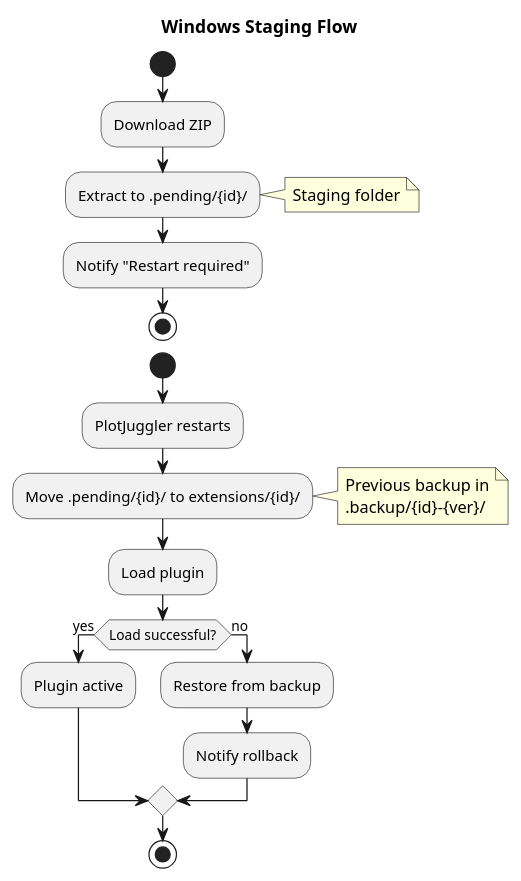
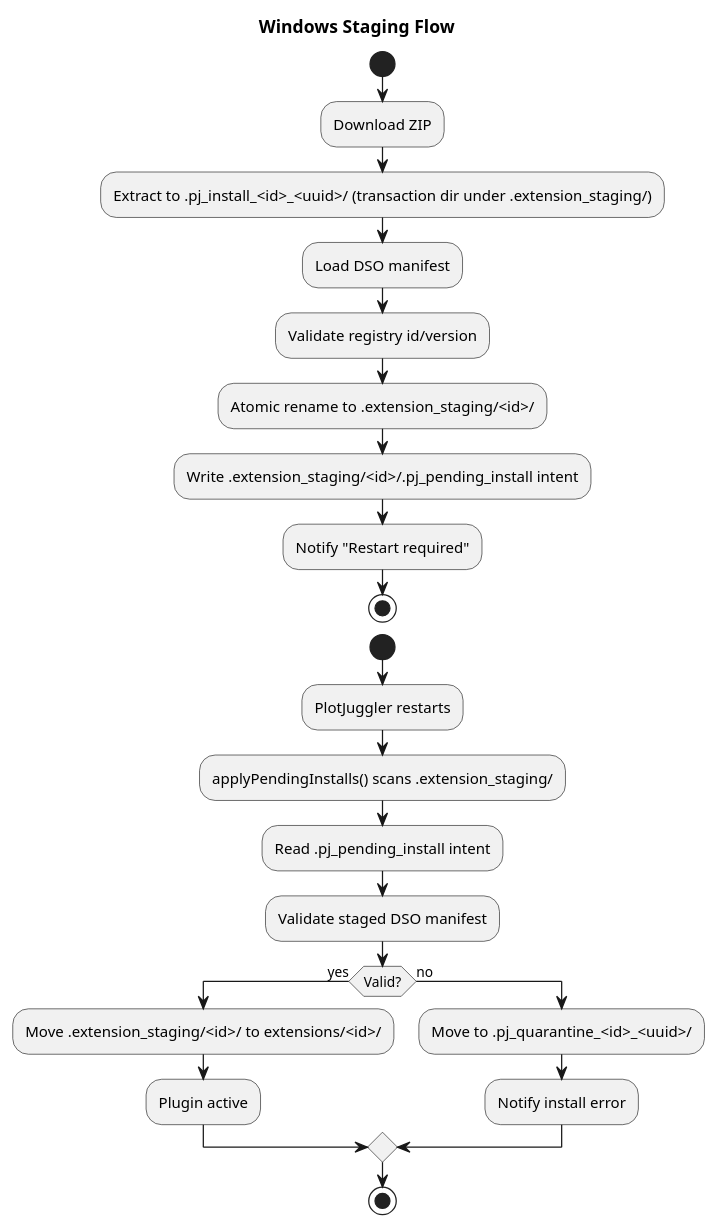
Before and after one commit to PlotJuggler/plotjuggler_sdk: the third of 4 diagrams in pj_marketplace/documentation/ARCHITECTURE.md, drawn with PlantUML. The commit also changed other lines of this file and 81 other files, not shown here.

````diff
--- a/pj_marketplace/documentation/ARCHITECTURE.md
+++ b/pj_marketplace/documentation/ARCHITECTURE.md
@@ -257,27 +286,31 @@
 ```plantuml
 @startuml
 skinparam backgroundColor white
 
 title Windows Staging Flow
 
 start
 :Download ZIP;
-:Extract to .pending/{id}/;
-note right: Staging folder
+:Extract to .pj_install_<id>_<uuid>/ (transaction dir under .extension_staging/);
+:Load DSO manifest;
+:Validate registry id/version;
+:Atomic rename to .extension_staging/<id>/;
+:Write .extension_staging/<id>/.pj_pending_install intent;
 :Notify "Restart required";
 stop
 
 start
 :PlotJuggler restarts;
-:Move .pending/{id}/ to extensions/{id}/;
-note right: Previous backup in\n.backup/{id}-{ver}/
-:Load plugin;
-if (Load successful?) then (yes)
+:applyPendingInstalls() scans .extension_staging/;
+:Read .pj_pending_install intent;
+:Validate staged DSO manifest;
+if (Valid?) then (yes)
+  :Move .extension_staging/<id>/ to extensions/<id>/;
   :Plugin active;
 else (no)
-  :Restore from backup;
-  :Notify rollback;
+  :Move to .pj_quarantine_<id>_<uuid>/;
+  :Notify install error;
 endif
 stop
 @enduml
 ```
````
